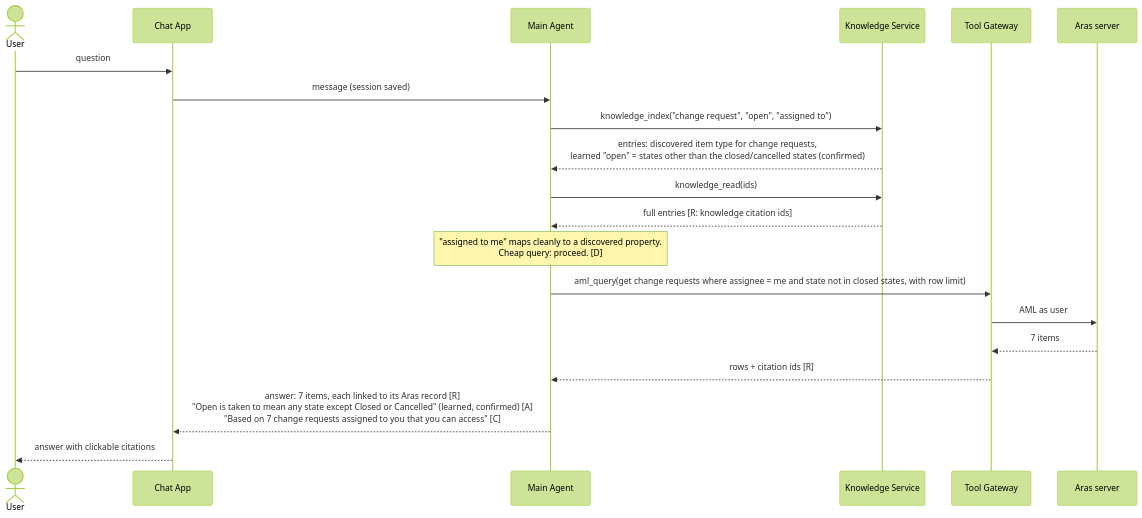
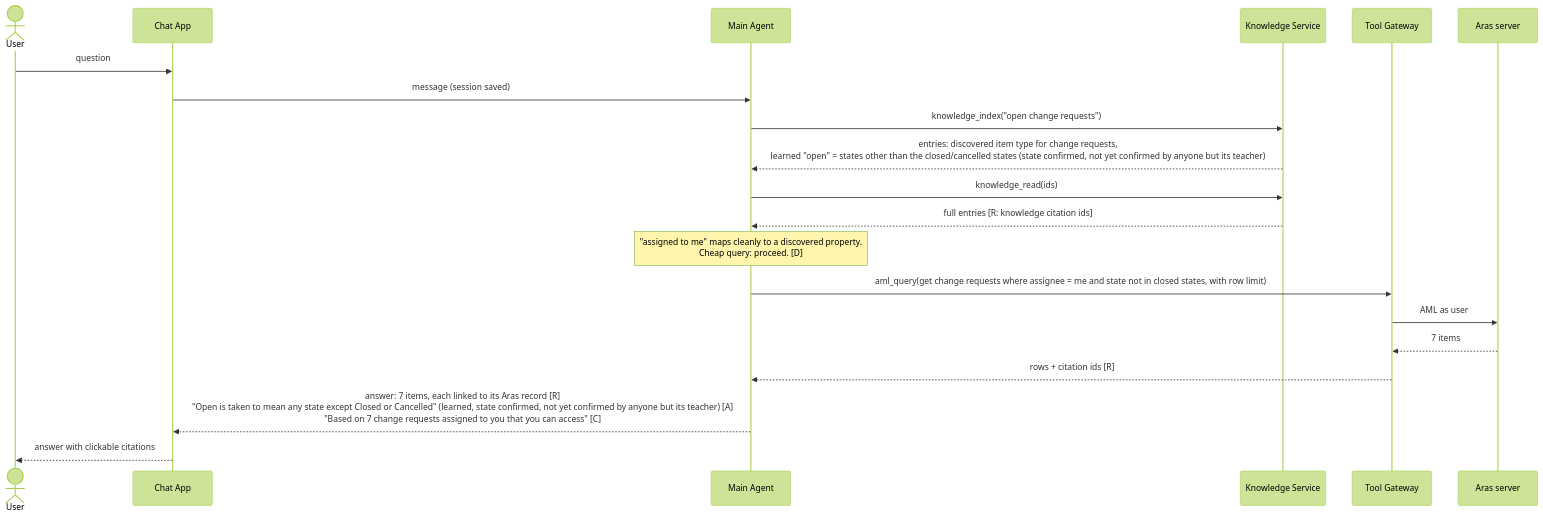
Before and after one commit to omkarbhale/aras-insight: the third of 8 diagrams in docs/architecture/question-lifecycle.md, drawn with Mermaid (forest theme). The commit also changed other lines of this file and 99 other files, not shown here.

````diff
--- a/docs/architecture/question-lifecycle.md
+++ b/docs/architecture/question-lifecycle.md
@@ -82,23 +82,23 @@
 ```mermaid
 sequenceDiagram
     actor U as User
     participant App as Chat App
     participant MA as Main Agent
     participant KS as Knowledge Service
     participant GW as Tool Gateway
     participant Aras as Aras server
 
     U->>App: question
     App->>MA: message (session saved)
-    MA->>KS: knowledge_index("change request", "open", "assigned to")
-    KS-->>MA: entries: discovered item type for change requests,<br/>learned "open" = states other than the closed/cancelled states (confirmed)
+    MA->>KS: knowledge_index("open change requests")
+    KS-->>MA: entries: discovered item type for change requests,<br/>learned "open" = states other than the closed/cancelled states (state confirmed, not yet confirmed by anyone but its teacher)
     MA->>KS: knowledge_read(ids)
     KS-->>MA: full entries [R: knowledge citation ids]
     Note over MA: "assigned to me" maps cleanly to a discovered property.<br/>Cheap query: proceed. [D]
     MA->>GW: aml_query(get change requests where assignee = me and state not in closed states, with row limit)
     GW->>Aras: AML as user
     Aras-->>GW: 7 items
     GW-->>MA: rows + citation ids [R]
-    MA-->>App: answer: 7 items, each linked to its Aras record [R]<br/>"Open is taken to mean any state except Closed or Cancelled" (learned, confirmed) [A]<br/>"Based on 7 change requests assigned to you that you can access" [C]
+    MA-->>App: answer: 7 items, each linked to its Aras record [R]<br/>"Open is taken to mean any state except Closed or Cancelled" (learned, state confirmed, not yet confirmed by anyone but its teacher) [A]<br/>"Based on 7 change requests assigned to you that you can access" [C]
     App-->>U: answer with clickable citations
 ```
````
